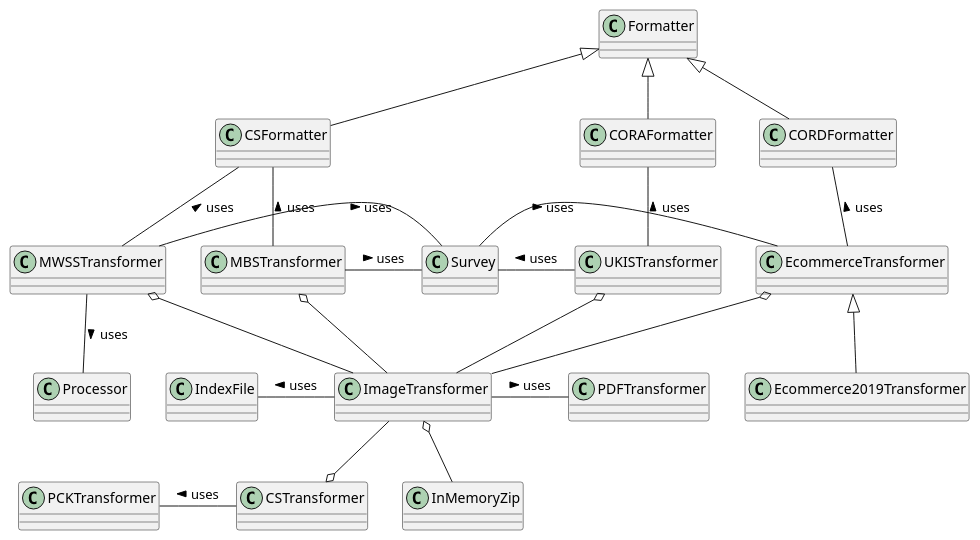
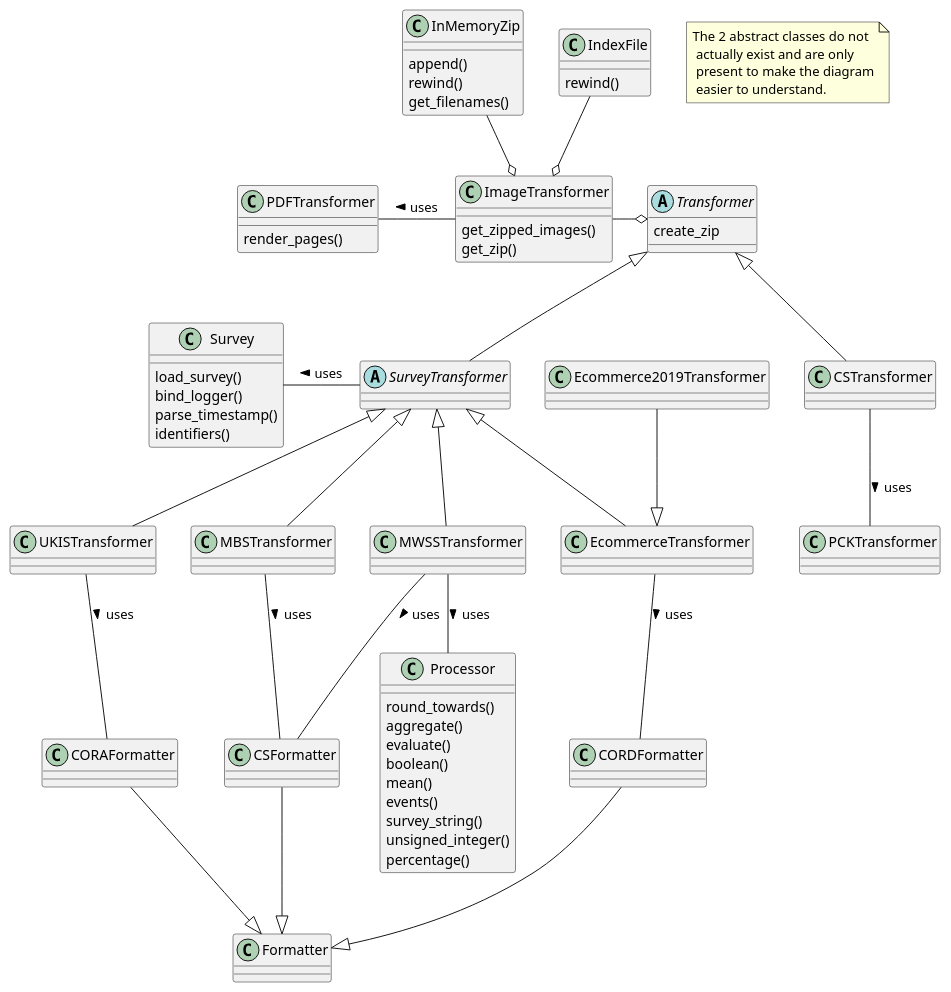
Before and after one commit to ONSdigital/sdx-transform-cs: the diagram in docs/uml/transform-class.puml, drawn with PlantUML. The commit also changed 1 other file, not shown here.

Commit message:
updated diagrams

```diff
--- a/docs/uml/transform-class.puml
+++ b/docs/uml/transform-class.puml
@@ -1,52 +1,90 @@
 @startuml
+
+'notes
+
+note "The 2 abstract classes do not\n actually exist and are only\n present to make the diagram\n easier to understand." as n1
+
+'classes
 
 class Formatter
 class CSFormatter
 class CORAFormatter
 class CORDFormatter
 
-Formatter <|-- CSFormatter
-Formatter <|-- CORAFormatter
-Formatter <|-- CORDFormatter
+abstract Transformer
+Transformer : create_zip
+
+abstract SurveyTransformer
 
 class MWSSTransformer
 class MBSTransformer
 class CSTransformer
 class PCKTransformer
 class UKISTransformer
 class EcommerceTransformer
 class Ecommerce2019Transformer
 
-CSFormatter -- MWSSTransformer : uses <
-CSFormatter -- MBSTransformer : uses <
-CORAFormatter -- UKISTransformer : uses <
-CORDFormatter -- EcommerceTransformer : uses <
+class ImageTransformer
+ImageTransformer : get_zipped_images()
+ImageTransformer : get_zip()
 
-EcommerceTransformer <|-- Ecommerce2019Transformer
+class InMemoryZip
+InMemoryZip : append()
+InMemoryZip : rewind()
+InMemoryZip : get_filenames()
 
-class ImageTransformer
-class InMemoryZip
 class IndexFile
+IndexFile : rewind()
+
 class PDFTransformer
+PDFTransformer : render_pages()
+
 class Processor
+Processor : round_towards()
+Processor : aggregate()
+Processor : evaluate()
+Processor : boolean()
+Processor : mean()
+Processor : events()
+Processor : survey_string()
+Processor : unsigned_integer()
+Processor : percentage()
+
 class Survey
+Survey : load_survey()
+Survey : bind_logger()
+Survey : parse_timestamp()
+Survey : identifiers()
 
-IndexFile - ImageTransformer : uses <
-ImageTransformer o-- InMemoryZip
-ImageTransformer - PDFTransformer : uses >
 
-MWSSTransformer - Survey : uses >
-MBSTransformer - Survey : uses >
-Survey - UKISTransformer : uses <
-Survey - EcommerceTransformer : uses >
+'inheritence
+
+Formatter <|-u- CSFormatter
+Formatter <|-u- CORAFormatter
+Formatter <|-u- CORDFormatter
+
+Transformer <|-- CSTransformer
+Transformer <|-- SurveyTransformer
+SurveyTransformer <|-- MWSSTransformer
+SurveyTransformer <|-- MBSTransformer
+SurveyTransformer <|-- UKISTransformer
+SurveyTransformer <|-- EcommerceTransformer
+EcommerceTransformer <|-U- Ecommerce2019Transformer
+
+'aggregations
+Transformer o-L ImageTransformer
+
+CSFormatter -u- MWSSTransformer : uses <
+CSFormatter -u- MBSTransformer : uses <
+CORAFormatter -u- UKISTransformer : uses <
+CORDFormatter -u- EcommerceTransformer : uses <
+
+IndexFile --o ImageTransformer
+ImageTransformer o-U- InMemoryZip
+ImageTransformer -L PDFTransformer : uses >
+
+SurveyTransformer -L Survey : uses >
 MWSSTransformer -- Processor : uses >
-
-MWSSTransformer o-- ImageTransformer
-MBSTransformer o-- ImageTransformer
-UKISTransformer o-- ImageTransformer
-EcommerceTransformer o-- ImageTransformer
-ImageTransformer --o CSTransformer
-
-PCKTransformer - CSTransformer : uses <
+CSTransformer -d- PCKTransformer : uses >
 
 @enduml
```
